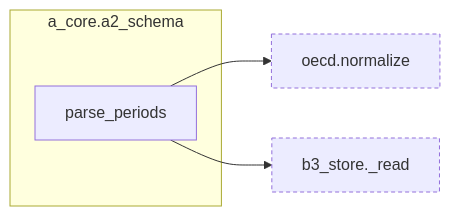
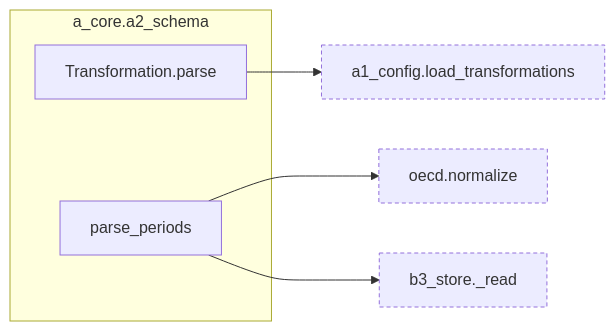
Before and after one commit to bsawyerg15/MacroScan: the fourth of 13 diagrams in docs/architecture.md, drawn with Mermaid. The commit also changed other lines of this file and 14 other files, not shown here.

````diff
--- a/docs/architecture.md
+++ b/docs/architecture.md
@@ -302,14 +352,19 @@
 ```mermaid
 flowchart LR
   subgraph this["a_core.a2_schema"]
+    n_a_core_a2_schema_Transformation_parse["Transformation.parse"]
     n_a_core_a2_schema_parse_periods["parse_periods"]
   end
+  n_a_core_a1_config_load_transformations["a1_config.load_transformations"]:::ext
   n_b_ingest_b1_sources_oecd_normalize["oecd.normalize"]:::ext
   n_b_ingest_b3_store__read["b3_store._read"]:::ext
+  n_a_core_a2_schema_Transformation_parse --> n_a_core_a1_config_load_transformations
   n_a_core_a2_schema_parse_periods --> n_b_ingest_b1_sources_oecd_normalize
   n_a_core_a2_schema_parse_periods --> n_b_ingest_b3_store__read
+  click n_a_core_a1_config_load_transformations href "#fn-a_core-a1_config-load_transformations"
+  click n_a_core_a2_schema_Transformation_parse href "#fn-a_core-a2_schema-Transformation.parse"
   click n_a_core_a2_schema_parse_periods href "#fn-a_core-a2_schema-parse_periods"
   click n_b_ingest_b1_sources_oecd_normalize href "#fn-b_ingest-b1_sources-oecd-normalize"
   click n_b_ingest_b3_store__read href "#fn-b_ingest-b3_store-_read"
   classDef ext stroke-dasharray: 4 3
 ```
````
